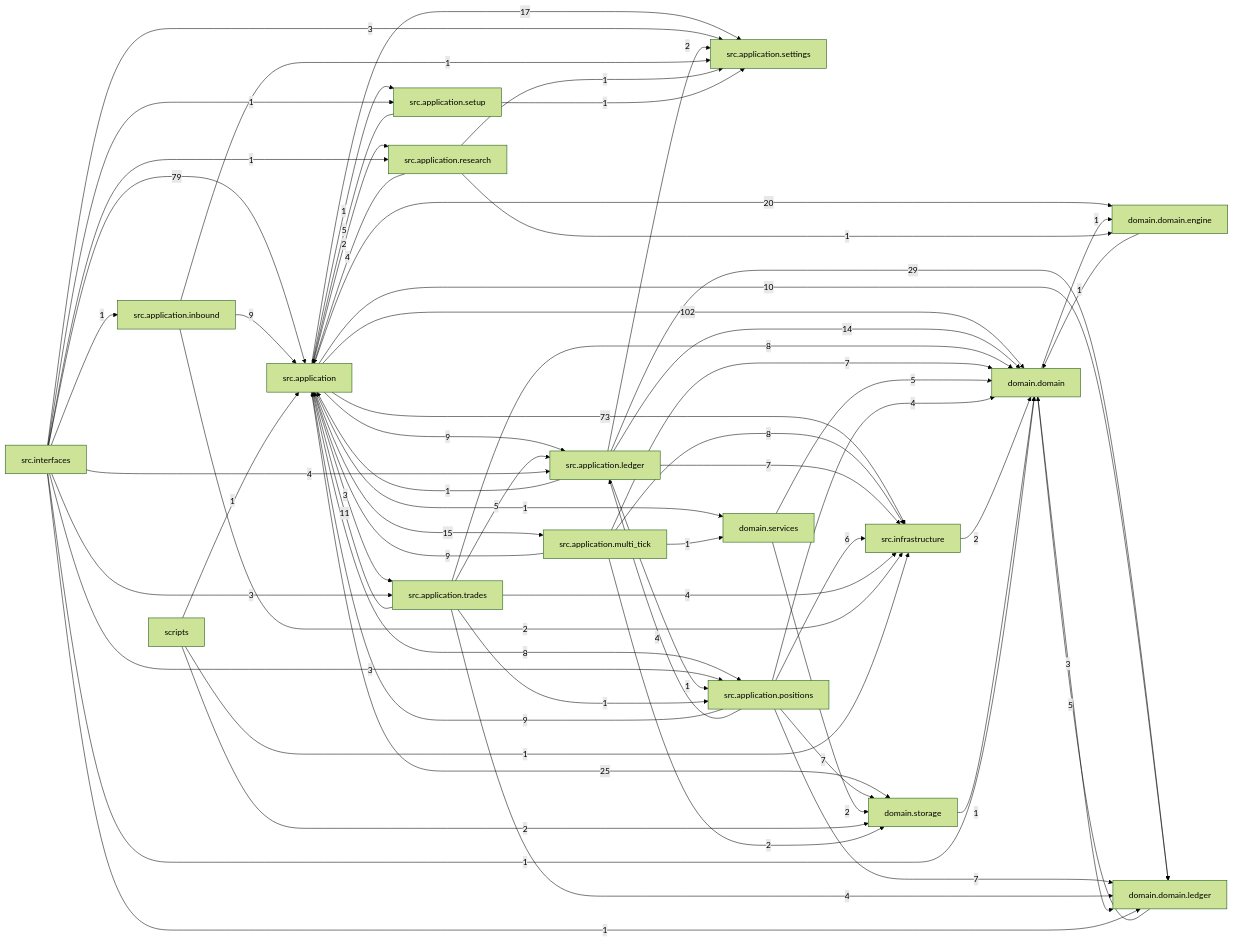
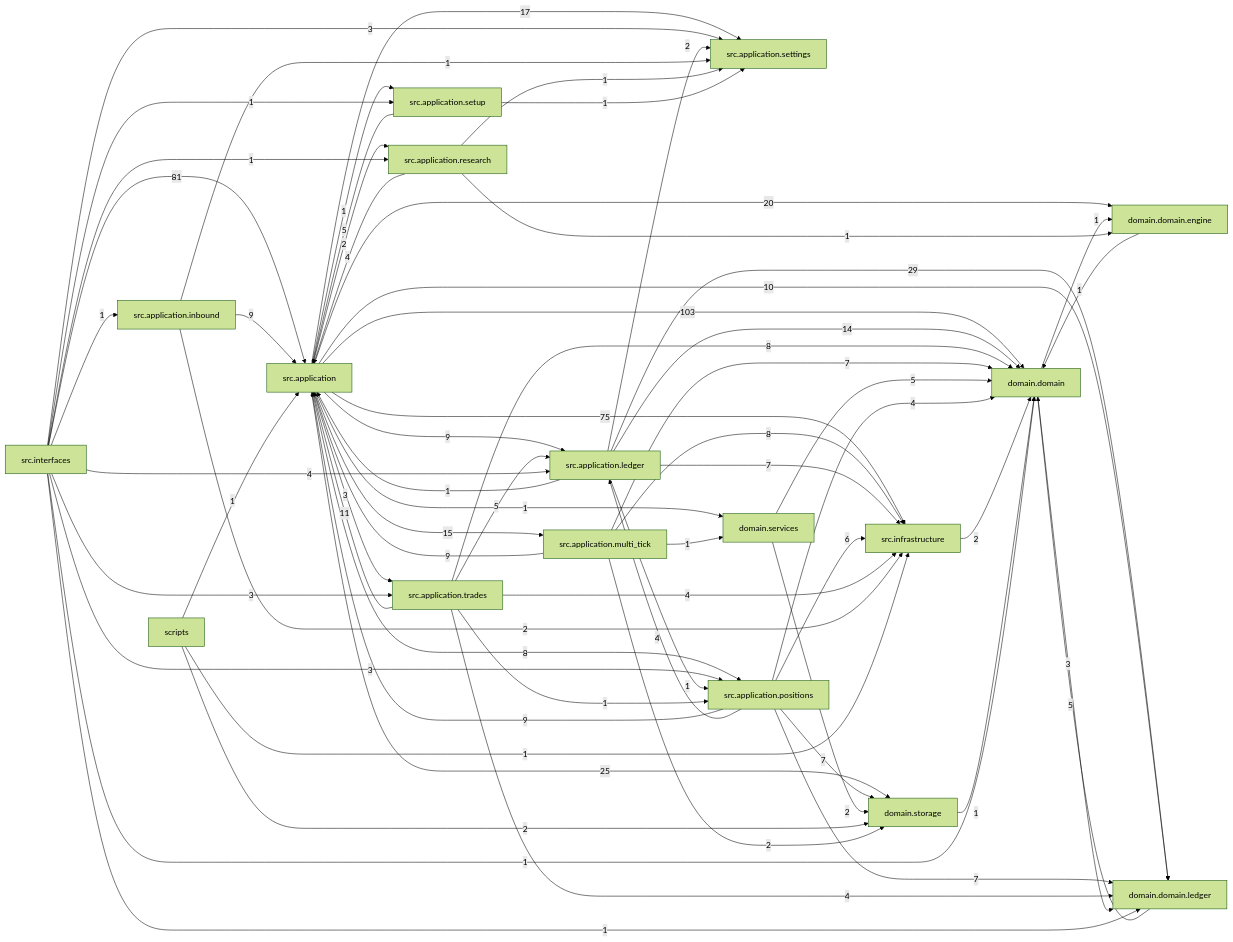
One commit to liuxie066/options-monitor changed the diagram in docs/dependency_graph.mmd. Above: the diagram before and after it, drawn with Mermaid (forest theme). The commit also changed 25 other files, not shown here.

```diff
--- a/docs/dependency_graph.mmd
+++ b/docs/dependency_graph.mmd
@@ -1,66 +1,66 @@
 flowchart LR
-  src_application["src.application"] -->|102| domain_domain["domain.domain"]
-  src_interfaces["src.interfaces"] -->|79| src_application["src.application"]
-  src_application["src.application"] -->|73| src_infrastructure["src.infrastructure"]
+  src_application["src.application"] -->|103| domain_domain["domain.domain"]
+  src_interfaces["src.interfaces"] -->|81| src_application["src.application"]
+  src_application["src.application"] -->|75| src_infrastructure["src.infrastructure"]
   src_application_ledger["src.application.ledger"] -->|29| domain_domain_ledger["domain.domain.ledger"]
   src_application["src.application"] -->|25| domain_storage["domain.storage"]
   src_application["src.application"] -->|20| domain_domain_engine["domain.domain.engine"]
   src_application["src.application"] -->|17| src_application_settings["src.application.settings"]
   src_application["src.application"] -->|15| src_application_multi_tick["src.application.multi_tick"]
   src_application_ledger["src.application.ledger"] -->|14| domain_domain["domain.domain"]
   src_application_trades["src.application.trades"] -->|11| src_application["src.application"]
   src_application["src.application"] -->|10| domain_domain_ledger["domain.domain.ledger"]
   src_application["src.application"] -->|9| src_application_ledger["src.application.ledger"]
   src_application_inbound["src.application.inbound"] -->|9| src_application["src.application"]
   src_application_multi_tick["src.application.multi_tick"] -->|9| src_application["src.application"]
   src_application_positions["src.application.positions"] -->|9| src_application["src.application"]
   src_application["src.application"] -->|8| src_application_positions["src.application.positions"]
   src_application_multi_tick["src.application.multi_tick"] -->|8| src_infrastructure["src.infrastructure"]
   src_application_trades["src.application.trades"] -->|8| domain_domain["domain.domain"]
   src_application_ledger["src.application.ledger"] -->|7| src_infrastructure["src.infrastructure"]
   src_application_multi_tick["src.application.multi_tick"] -->|7| domain_domain["domain.domain"]
   src_application_positions["src.application.positions"] -->|7| domain_domain_ledger["domain.domain.ledger"]
   src_application_positions["src.application.positions"] -->|7| domain_storage["domain.storage"]
   src_application_positions["src.application.positions"] -->|6| src_infrastructure["src.infrastructure"]
   domain_domain_ledger["domain.domain.ledger"] -->|5| domain_domain["domain.domain"]
   domain_services["domain.services"] -->|5| domain_domain["domain.domain"]
   src_application_setup["src.application.setup"] -->|5| src_application["src.application"]
   src_application_trades["src.application.trades"] -->|5| src_application_ledger["src.application.ledger"]
   src_application_positions["src.application.positions"] -->|4| domain_domain["domain.domain"]
   src_application_positions["src.application.positions"] -->|4| src_application_ledger["src.application.ledger"]
   src_application_research["src.application.research"] -->|4| src_application["src.application"]
   src_application_trades["src.application.trades"] -->|4| domain_domain_ledger["domain.domain.ledger"]
   src_application_trades["src.application.trades"] -->|4| src_infrastructure["src.infrastructure"]
   src_interfaces["src.interfaces"] -->|4| src_application_ledger["src.application.ledger"]
   domain_domain["domain.domain"] -->|3| domain_domain_ledger["domain.domain.ledger"]
   src_application["src.application"] -->|3| src_application_trades["src.application.trades"]
   src_interfaces["src.interfaces"] -->|3| src_application_positions["src.application.positions"]
   src_interfaces["src.interfaces"] -->|3| src_application_settings["src.application.settings"]
   src_interfaces["src.interfaces"] -->|3| src_application_trades["src.application.trades"]
   domain_services["domain.services"] -->|2| domain_storage["domain.storage"]
   scripts["scripts"] -->|2| domain_storage["domain.storage"]
   src_application["src.application"] -->|2| src_application_research["src.application.research"]
   src_application_inbound["src.application.inbound"] -->|2| src_infrastructure["src.infrastructure"]
   src_application_ledger["src.application.ledger"] -->|2| src_application_settings["src.application.settings"]
   src_application_multi_tick["src.application.multi_tick"] -->|2| domain_storage["domain.storage"]
   src_infrastructure["src.infrastructure"] -->|2| domain_domain["domain.domain"]
   domain_domain["domain.domain"] -->|1| domain_domain_engine["domain.domain.engine"]
   domain_domain_engine["domain.domain.engine"] -->|1| domain_domain["domain.domain"]
   domain_storage["domain.storage"] -->|1| domain_domain["domain.domain"]
   scripts["scripts"] -->|1| src_application["src.application"]
   scripts["scripts"] -->|1| src_infrastructure["src.infrastructure"]
   src_application["src.application"] -->|1| domain_services["domain.services"]
   src_application["src.application"] -->|1| src_application_setup["src.application.setup"]
   src_application_inbound["src.application.inbound"] -->|1| src_application_settings["src.application.settings"]
   src_application_ledger["src.application.ledger"] -->|1| src_application["src.application"]
   src_application_ledger["src.application.ledger"] -->|1| src_application_positions["src.application.positions"]
   src_application_multi_tick["src.application.multi_tick"] -->|1| domain_services["domain.services"]
   src_application_research["src.application.research"] -->|1| domain_domain_engine["domain.domain.engine"]
   src_application_research["src.application.research"] -->|1| src_application_settings["src.application.settings"]
   src_application_setup["src.application.setup"] -->|1| src_application_settings["src.application.settings"]
   src_application_trades["src.application.trades"] -->|1| src_application_positions["src.application.positions"]
   src_interfaces["src.interfaces"] -->|1| domain_domain["domain.domain"]
   src_interfaces["src.interfaces"] -->|1| domain_domain_ledger["domain.domain.ledger"]
   src_interfaces["src.interfaces"] -->|1| src_application_inbound["src.application.inbound"]
   src_interfaces["src.interfaces"] -->|1| src_application_research["src.application.research"]
   src_interfaces["src.interfaces"] -->|1| src_application_setup["src.application.setup"]
```
